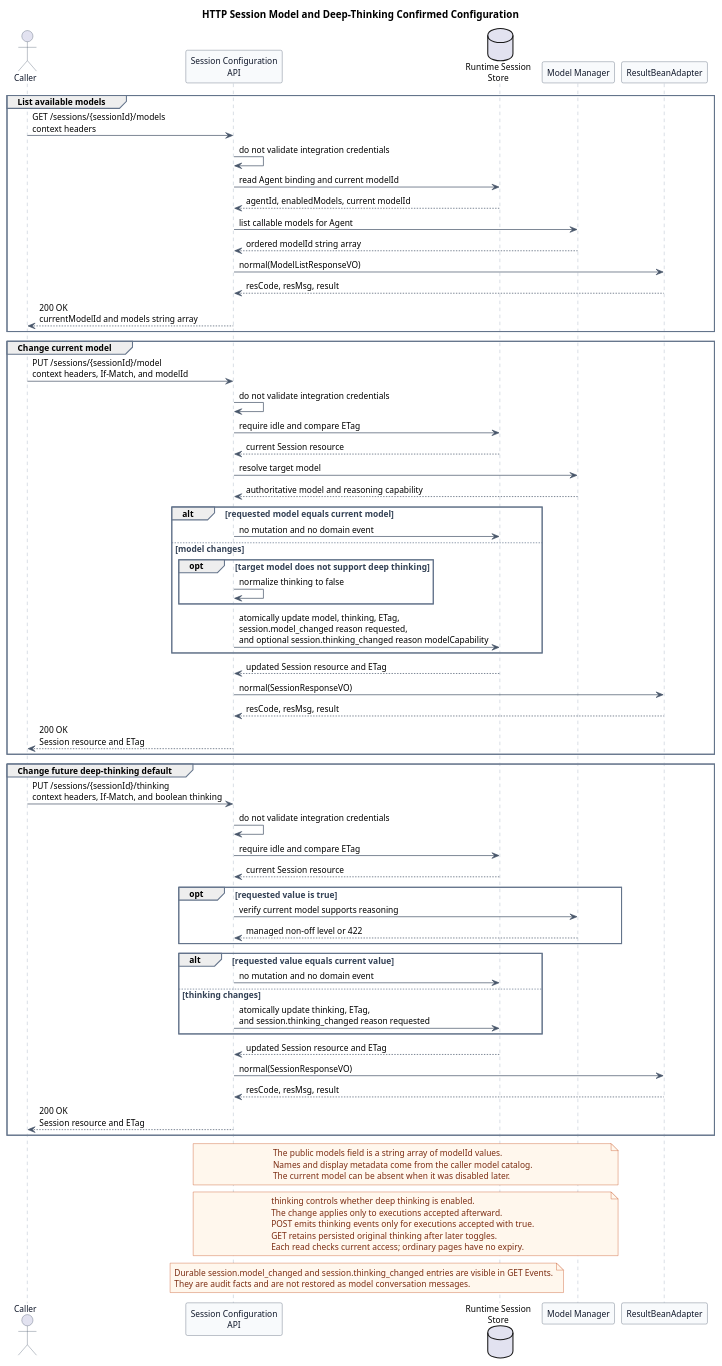
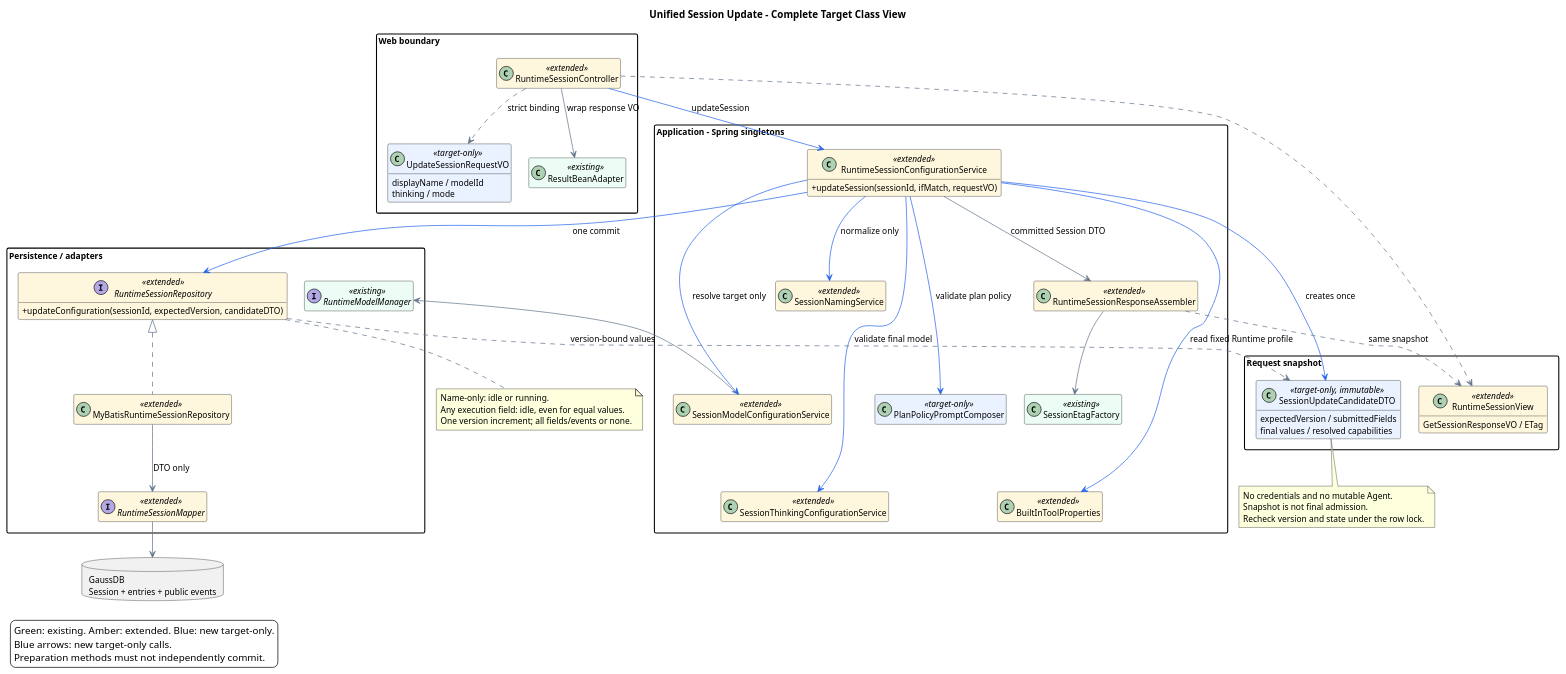
Before and after one commit to ssm0808/pi-mono-java-design: the first of 2 diagrams in 01-总体架构/01-CampusClaw多Agent运行时/设计图/会话配置/diagram.puml, drawn with PlantUML. The commit also changed other lines of this file and 49 other files, not shown here.

Commit message:
docs(session): 统一名称模型思考与模式的 POST 更新契约

```diff
--- a/01-总体架构/01-CampusClaw多Agent运行时/设计图/会话配置/diagram.puml
+++ b/01-总体架构/01-CampusClaw多Agent运行时/设计图/会话配置/diagram.puml
@@ -1,129 +1,102 @@
-@startuml http_session_model_configuration
-title HTTP Session Model and Deep-Thinking Confirmed Configuration
+@startuml http_session_update_classes
+' Source baseline: pi-mono-java 09b32d8ea4a4b43b34be302d8b2745bdc417c9a2.
+' Source: modules/coding-agent-cli/src/main/java/com/campusclaw/codingagent/runtimeapi/web/RuntimeSessionController.java :: create, get, delete.
+' Source: modules/coding-agent-cli/src/main/java/com/campusclaw/codingagent/runtimeapi/session/RuntimeSessionConfigurationService.java :: requireMutableSession, requireUpdated.
+' Source: modules/coding-agent-cli/src/main/java/com/campusclaw/codingagent/runtimeapi/service/command/SessionNamingService.java :: normalizeName, execute.
+' Source: modules/coding-agent-cli/src/main/java/com/campusclaw/codingagent/runtimeapi/persistence/MyBatisRuntimeSessionRepository.java :: updateModelLocked, updateThinkingLocked, updateName.
+' Observed behavior: existing services commit individual properties; there is no combined update.
+' Source: modules/coding-agent-cli/src/main/java/com/campusclaw/codingagent/tool/builtin/BuiltInToolProperties.java :: toolsFor, afterPropertiesSet.
+' Design reason: one candidate and one transaction prevent partial multi-field writes.
+' Java divergence: POST, preparation methods, candidate DTO and combined commit are target-only.
+title Unified Session Update - Complete Target Class View
+top to bottom direction
+allowmixing
+skinparam backgroundColor #FFFFFF
+skinparam defaultFontName SansSerif
+skinparam defaultFontSize 12
+skinparam shadowing false
+skinparam classAttributeIconSize 0
+skinparam packageStyle rectangle
+skinparam packageTitleAlignment left
+skinparam nodesep 25
+skinparam ranksep 35
+skinparam ArrowColor #64748B
+hide empty members
 
-' Source evidence (pi-mono commit 5cd93f688aaab89dbb6dfa4aca535f21796ae185):
-' packages/coding-agent/src/core/agent-session.ts, setModel and setThinkingLevel,
-' lines 1586-1600 and 1684-1730
-' packages/ai/src/types.ts, Model, lines 793-809
-' packages/ai/src/models.ts, getSupportedThinkingLevels, lines 900-910
-' Source evidence (pi-mono-java PR 167 f60cc3e78bb8b700527ac082c7c8e10524ede095):
-' modules/coding-agent-cli/src/main/java/com/campusclaw/codingagent/runtimeapi/session/RuntimeSessionConfigurationService.java.
-' modules/coding-agent-cli/src/main/java/com/campusclaw/codingagent/runtimeapi/web/RuntimeSessionConfigurationController.java.
-' modules/coding-agent-cli/src/main/java/com/campusclaw/codingagent/runtimeapi/model/CatalogRuntimeModelManager.java.
-' Source evidence (pi-mono-java PR 167 f60cc3e78bb8b700527ac082c7c8e10524ede095):
-' modules/coding-agent-cli/src/main/java/com/campusclaw/codingagent/runtimeapi/vo/AvailableModelsResponseVO.java.
-' modules/coding-agent-cli/src/main/java/com/campusclaw/codingagent/runtimeapi/vo/ChangeModelRequestVO.java.
-' Observed behavior: current Java paths and model fields are snake_case.
-' Observed behavior: both pi baselines can list models and change the active model.
-' Their thinkingLevel values control model reasoning effort.
-' Confirmed product constraint: HTTP thinking is a boolean deep-thinking switch; false maps to off,
-' while true maps to a managed non-off level supported by the current model and Agent.
-' Security hardening: model discovery is Session-scoped and exposes only modelId.
-' Architecture change: HTTP configuration writes require an idle Session and a matching ETag. Thinking target: display original model reasoning; Java 4cc8dd86 modules/coding-agent-cli/src/main/java/com/campusclaw/codingagent/runtimeapi/event/RuntimeV2EventProjector.java projectThinking still filters publicSummary.
-' Architecture change: Persisted original thinking remains visible; future thinking changes do not hide history.
-' Architecture change: actual configuration changes append durable domain events in the same transaction.
-' Architecture change: target HTTP fields use lowerCamelCase while If-Match keeps its header spelling.
-' Product constraint: all Runtime operations carry integration-context headers without local validation.
-' Design reason: prevent a configuration change from racing with an active execution while
-' returning the common Session resource after every successful mutation.
-
-skinparam backgroundColor #FFFFFF
-skinparam shadowing false
-skinparam defaultFontName Arial
-skinparam defaultFontSize 12
-skinparam sequence {
-  ArrowColor #475569
-  ActorBorderColor #475569
-  ActorFontColor #0F172A
-  LifeLineBorderColor #94A3B8
-  LifeLineBackgroundColor #F8FAFC
-  ParticipantBorderColor #475569
-  ParticipantBackgroundColor #F8FAFC
-  ParticipantFontColor #0F172A
-  GroupBorderColor #64748B
-  GroupFontColor #334155
+package "Web boundary" as WebLayer {
+  class "RuntimeSessionController" as API <<extended>> #FFF7DD
+  class "UpdateSessionRequestVO" as Request <<target-only>> #EAF2FF {
+    displayName / modelId
+    thinking / mode
+  }
+  class "ResultBeanAdapter" as Result <<existing>> #ECFDF5
 }
-skinparam note {
-  BackgroundColor #FFF7ED
-  BorderColor #C2410C
-  FontColor #7C2D12
+package "Application - Spring singletons" as AppLayer {
+  class "RuntimeSessionConfigurationService" as App <<extended>> #FFF7DD {
+    +updateSession(sessionId, ifMatch, requestVO)
+  }
+  class "SessionNamingService" as Name <<extended>> #FFF7DD
+  class "SessionModelConfigurationService" as Model <<extended>> #FFF7DD
+  class "SessionThinkingConfigurationService" as Thinking <<extended>> #FFF7DD
+  class "RuntimeSessionResponseAssembler" as Assembler <<extended>> #FFF7DD
+  class "SessionEtagFactory" as Etag <<existing>> #ECFDF5
+  class "PlanPolicyPromptComposer" as Policy <<target-only>> #EAF2FF
+  class "BuiltInToolProperties" as Profile <<extended>> #FFF7DD
 }
-
-actor Caller
-participant "Session Configuration\nAPI" as API
-database "Runtime Session\nStore" as Store
-participant "Model Manager" as Models
-participant ResultBeanAdapter
-
-group List available models
-  Caller -> API : GET /sessions/{sessionId}/models\ncontext headers
-  API -> API : do not validate integration credentials
-  API -> Store : read Agent binding and current modelId
-  Store --> API : agentId, enabledModels, current modelId
-  API -> Models : list callable models for Agent
-  Models --> API : ordered modelId string array
-  API -> ResultBeanAdapter : normal(ModelListResponseVO)
-  ResultBeanAdapter --> API : resCode, resMsg, result
-  API --> Caller : 200 OK\ncurrentModelId and models string array
-end
-
-group Change current model
-  Caller -> API : PUT /sessions/{sessionId}/model\ncontext headers, If-Match, and modelId
-  API -> API : do not validate integration credentials
-  API -> Store : require idle and compare ETag
-  Store --> API : current Session resource
-  API -> Models : resolve target model
-  Models --> API : authoritative model and reasoning capability
-  alt requested model equals current model
-    API -> Store : no mutation and no domain event
-  else model changes
-    opt target model does not support deep thinking
-      API -> API : normalize thinking to false
-    end
-    API -> Store : atomically update model, thinking, ETag,\nsession.model_changed reason requested,\nand optional session.thinking_changed reason modelCapability
-  end
-  Store --> API : updated Session resource and ETag
-  API -> ResultBeanAdapter : normal(SessionResponseVO)
-  ResultBeanAdapter --> API : resCode, resMsg, result
-  API --> Caller : 200 OK\nSession resource and ETag
-end
-
-group Change future deep-thinking default
-  Caller -> API : PUT /sessions/{sessionId}/thinking\ncontext headers, If-Match, and boolean thinking
-  API -> API : do not validate integration credentials
-  API -> Store : require idle and compare ETag
-  Store --> API : current Session resource
-  opt requested value is true
-    API -> Models : verify current model supports reasoning
-    Models --> API : managed non-off level or 422
-  end
-  alt requested value equals current value
-    API -> Store : no mutation and no domain event
-  else thinking changes
-    API -> Store : atomically update thinking, ETag,\nand session.thinking_changed reason requested
-  end
-  Store --> API : updated Session resource and ETag
-  API -> ResultBeanAdapter : normal(SessionResponseVO)
-  ResultBeanAdapter --> API : resCode, resMsg, result
-  API --> Caller : 200 OK\nSession resource and ETag
-end
-
-note over API,Models
-The public models field is a string array of modelId values.
-Names and display metadata come from the caller model catalog.
-The current model can be absent when it was disabled later.
+package "Request snapshot" as RequestLayer {
+  class "SessionUpdateCandidateDTO" as Candidate <<target-only, immutable>> #EAF2FF {
+    expectedVersion / submittedFields
+    final values / resolved capabilities
+  }
+  class "RuntimeSessionView" as Response <<extended>> #FFF7DD {
+    GetSessionResponseVO / ETag
+  }
+}
+package "Persistence / adapters" as PersistenceLayer {
+  interface "RuntimeSessionRepository" as Repo <<extended>> #FFF7DD {
+    +updateConfiguration(sessionId, expectedVersion, candidateDTO)
+  }
+  class "MyBatisRuntimeSessionRepository" as Impl <<extended>> #FFF7DD
+  interface "RuntimeSessionMapper" as Mapper <<extended>> #FFF7DD
+  interface "RuntimeModelManager" as Models <<existing>> #ECFDF5
+}
+database "GaussDB\nSession + entries + public events" as DB
+Name -[hidden]down- Model
+Model -[hidden]down- Thinking
+Assembler -[hidden]down- Policy
+Policy -[hidden]down- Profile
+API -[#2563EB]-> App : updateSession
+API ..> Request : strict binding
+API --> Result : wrap response VO
+App -[#2563EB]-> Name : normalize only
+App -[#2563EB]-> Model : resolve target only
+App -[#2563EB]-> Thinking : validate final model
+Model --> Models
+App -[#2563EB]-> Policy : validate plan policy
+App -[#2563EB]-> Profile : read fixed Runtime profile
+App -[#2563EB]-> Candidate : creates once
+App -[#2563EB]left-> Repo : one commit
+Repo ..> Candidate : version-bound values
+Repo <|.. Impl
+Impl --> Mapper : DTO only
+Mapper --> DB
+App --> Assembler : committed Session DTO
+Assembler --> Etag
+Assembler ..> Response : same snapshot
+API ..> Response
+note bottom of Candidate
+  No credentials and no mutable Agent.
+  Snapshot is not final admission.
+  Recheck version and state under the row lock.
 end note
-
-note over API,Models
-thinking controls whether deep thinking is enabled.
-The change applies only to executions accepted afterward.
-POST emits thinking events only for executions accepted with true.
-GET retains persisted original thinking after later toggles.
-Each read checks current access; ordinary pages have no expiry.
+note bottom of Repo
+  Name-only: idle or running.
+  Any execution field: idle, even for equal values.
+  One version increment; all fields/events or none.
 end note
-
-note over API,Store
-Durable session.model_changed and session.thinking_changed entries are visible in GET Events.
-They are audit facts and are not restored as model conversation messages.
-end note
+legend bottom left
+  Green: existing. Amber: extended. Blue: new target-only.
+  Blue arrows: new target-only calls.
+  Preparation methods must not independently commit.
+endlegend
 @enduml
```
